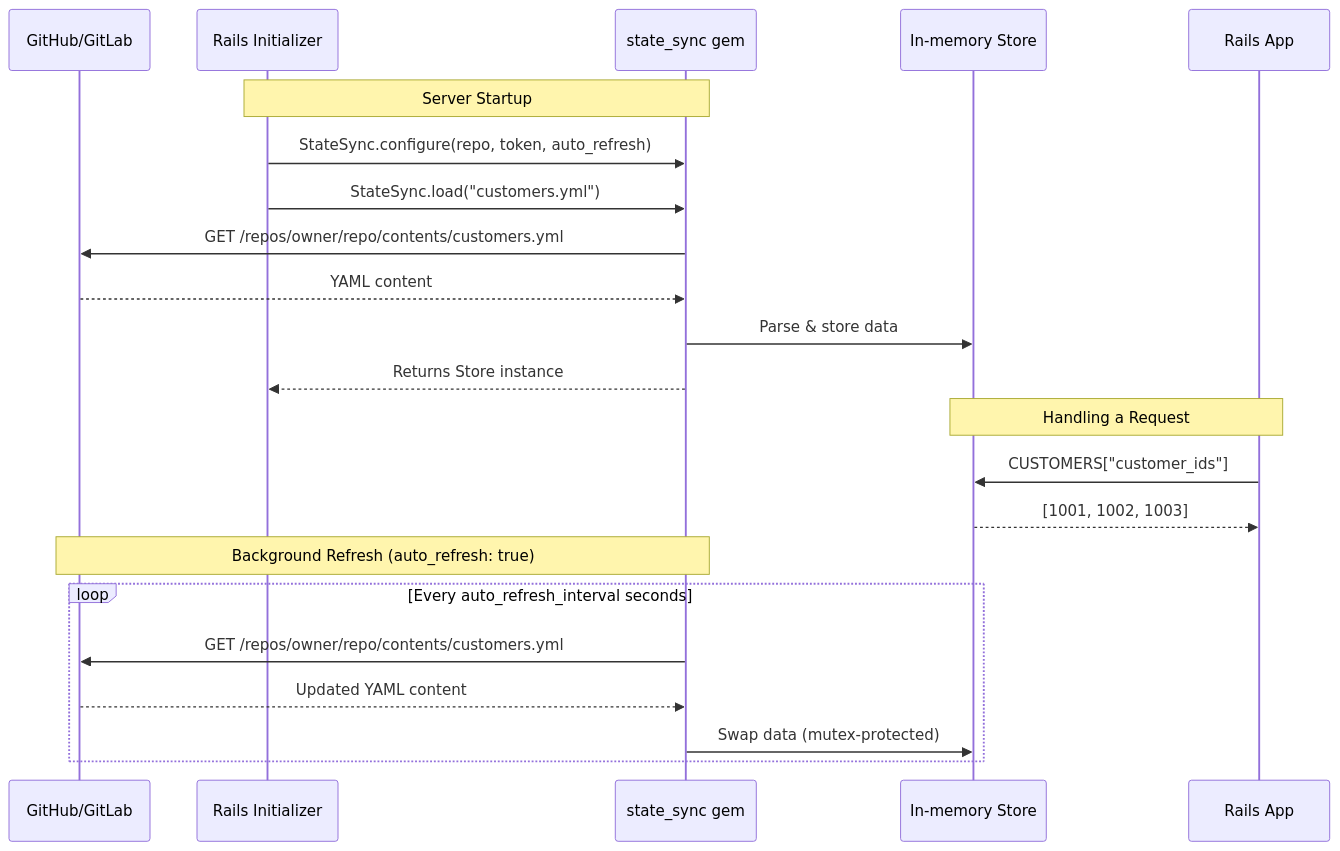
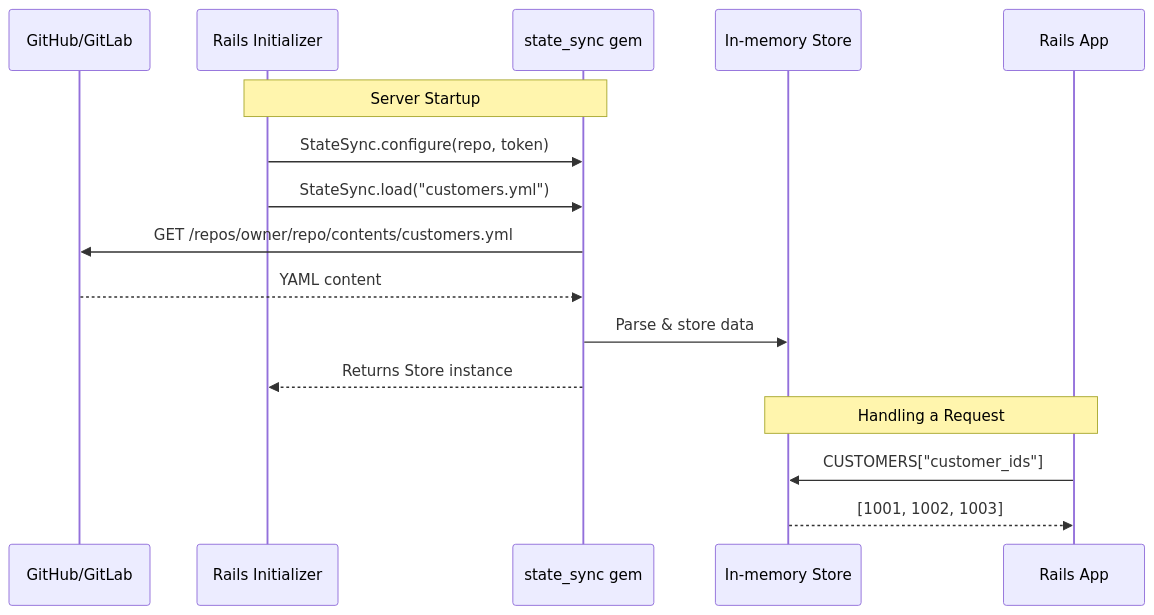
Before and after one commit to spmarisa/state_sync: the second of 2 diagrams in ARCHITECTURE.md, drawn with Mermaid. The commit also changed other lines of this file and 10 other files, not shown here.

Commit message:
getting rid of auto_refresh.

````diff
--- a/ARCHITECTURE.md
+++ b/ARCHITECTURE.md
@@ -38,27 +38,20 @@
 ```mermaid
 sequenceDiagram
     participant GH as GitHub/GitLab
     participant I as Rails Initializer
     participant GEM as state_sync gem
     participant STORE as In-memory Store
     participant APP as Rails App
 
     Note over I,GEM: Server Startup
-    I->>GEM: StateSync.configure(repo, token, auto_refresh)
+    I->>GEM: StateSync.configure(repo, token)
     I->>GEM: StateSync.load("customers.yml")
     GEM->>GH: GET /repos/owner/repo/contents/customers.yml
     GH-->>GEM: YAML content
     GEM->>STORE: Parse & store data
     GEM-->>I: Returns Store instance
 
     Note over APP,STORE: Handling a Request
     APP->>STORE: CUSTOMERS["customer_ids"]
     STORE-->>APP: [1001, 1002, 1003]
-
-    Note over GEM,GH: Background Refresh (auto_refresh: true)
-    loop Every auto_refresh_interval seconds
-        GEM->>GH: GET /repos/owner/repo/contents/customers.yml
-        GH-->>GEM: Updated YAML content
-        GEM->>STORE: Swap data (mutex-protected)
-    end
 ```
````
